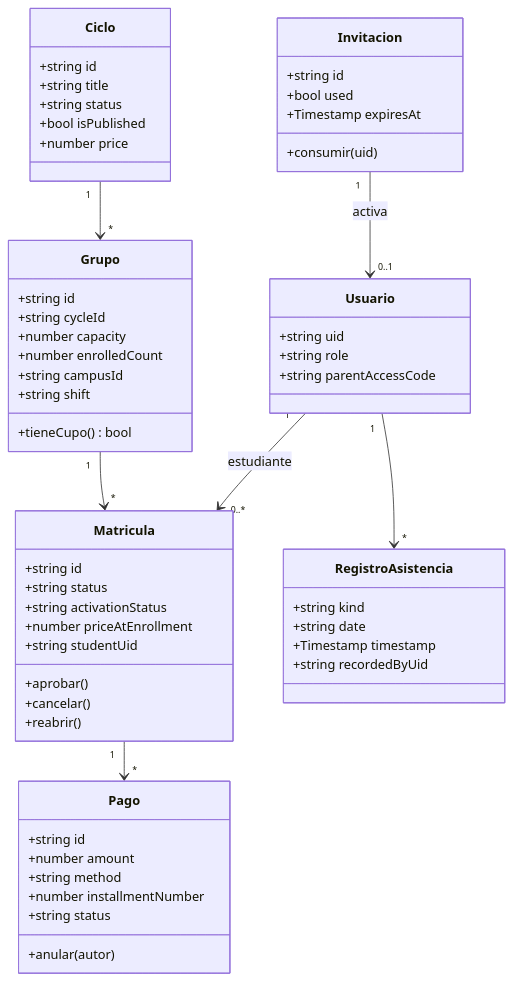
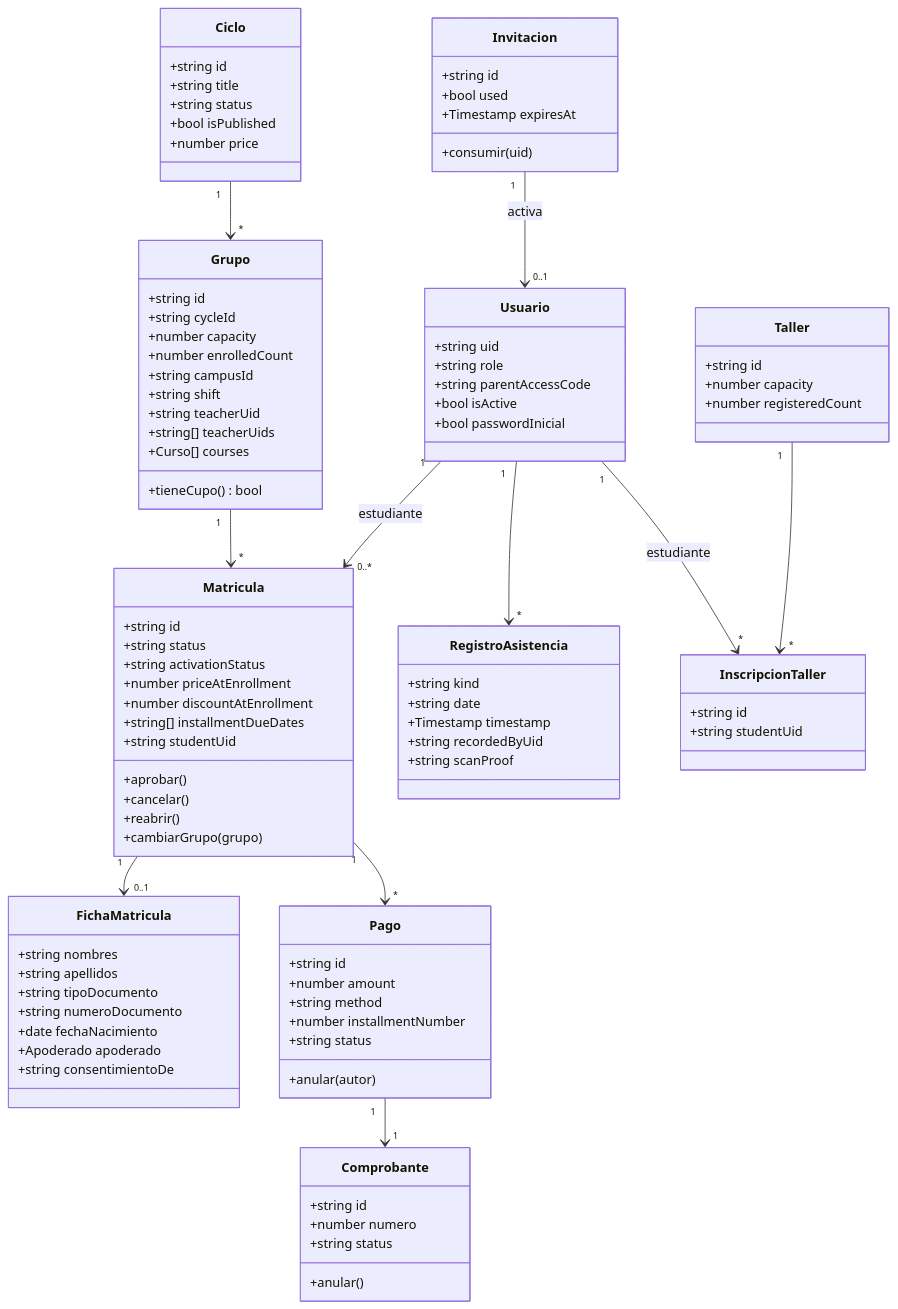
Before and after one commit to yucradavid/Perfil-de-egreso-Plataforma-Web-Integral-CERMAT: the sixth of 13 diagrams in docs/e1-definicion-sistema-ce021.md, drawn with Mermaid. The commit also changed other lines of this file and 27 other files, not shown here.

````diff
--- a/docs/e1-definicion-sistema-ce021.md
+++ b/docs/e1-definicion-sistema-ce021.md
@@ -284,6 +331,9 @@
     +number enrolledCount
     +string campusId
     +string shift
+    +string teacherUid
+    +string[] teacherUids
+    +Curso[] courses
     +tieneCupo() bool
   }
   class Matricula {
@@ -291,10 +341,22 @@
     +string status
     +string activationStatus
     +number priceAtEnrollment
+    +number discountAtEnrollment
+    +string[] installmentDueDates
     +string studentUid
     +aprobar()
     +cancelar()
     +reabrir()
+    +cambiarGrupo(grupo)
+  }
+  class FichaMatricula {
+    +string nombres
+    +string apellidos
+    +string tipoDocumento
+    +string numeroDocumento
+    +date fechaNacimiento
+    +Apoderado apoderado
+    +string consentimientoDe
   }
   class Pago {
     +string id
@@ -304,10 +366,18 @@
     +string status
     +anular(autor)
   }
+  class Comprobante {
+    +string id
+    +number numero
+    +string status
+    +anular()
+  }
   class Usuario {
     +string uid
     +string role
     +string parentAccessCode
+    +bool isActive
+    +bool passwordInicial
   }
   class Invitacion {
     +string id
@@ -320,11 +390,25 @@
     +string date
     +Timestamp timestamp
     +string recordedByUid
+    +string scanProof
+  }
+  class Taller {
+    +string id
+    +number capacity
+    +number registeredCount
+  }
+  class InscripcionTaller {
+    +string id
+    +string studentUid
   }
   Ciclo "1" --> "*" Grupo
   Grupo "1" --> "*" Matricula
+  Matricula "1" --> "0..1" FichaMatricula
   Matricula "1" --> "*" Pago
+  Pago "1" --> "1" Comprobante
   Usuario "1" --> "0..*" Matricula : estudiante
   Invitacion "1" --> "0..1" Usuario : activa
   Usuario "1" --> "*" RegistroAsistencia
+  Taller "1" --> "*" InscripcionTaller
+  Usuario "1" --> "*" InscripcionTaller : estudiante
 ```
````
